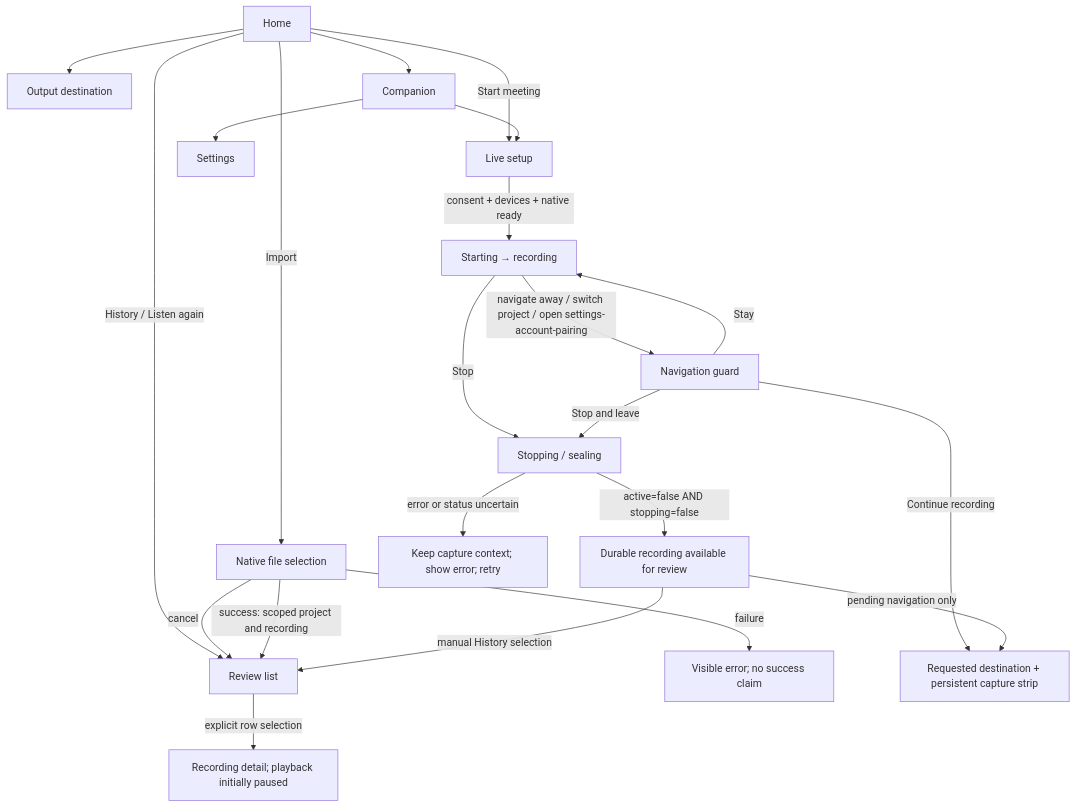
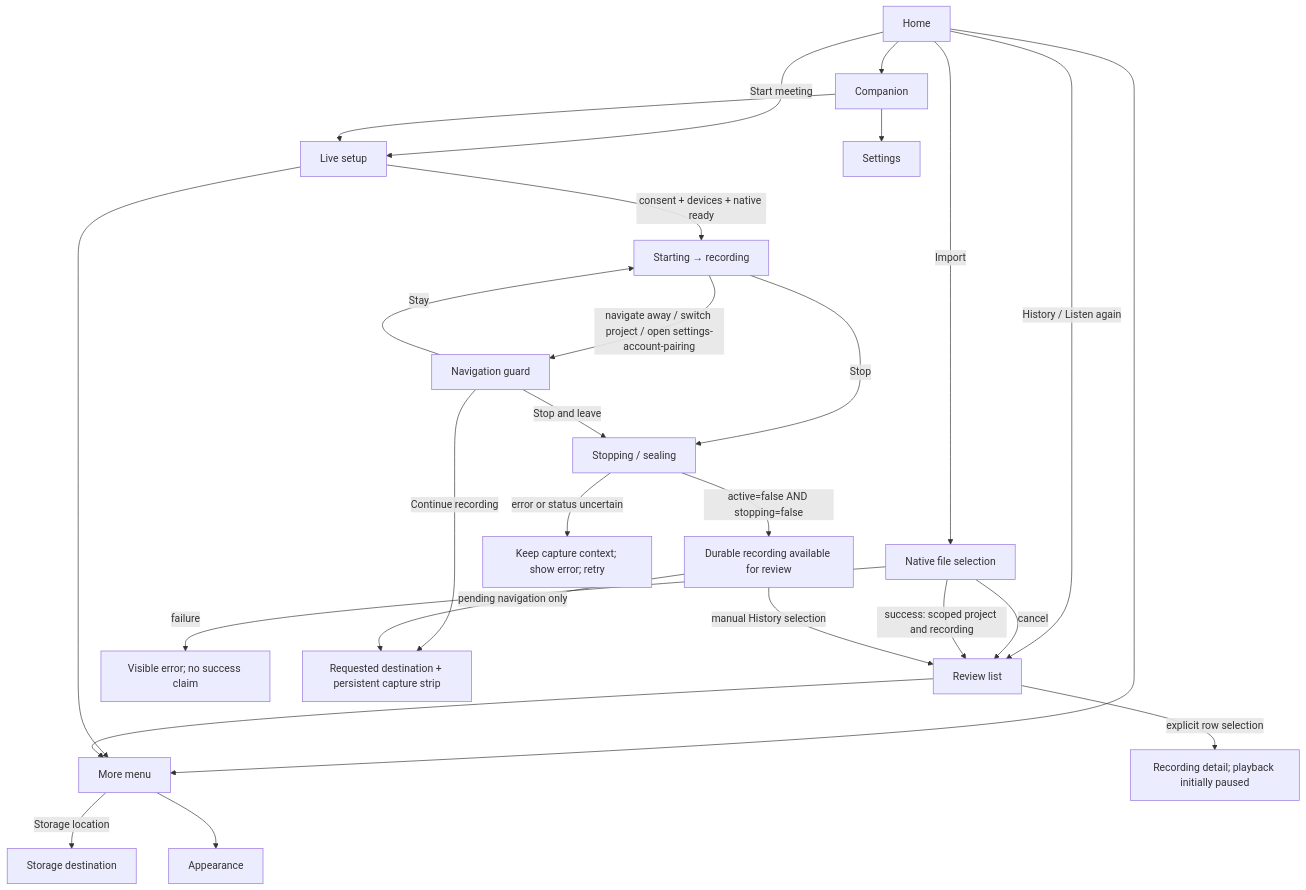
One commit to Freshair129/FUNG changed the second of 3 diagrams in docs/design/2026-10-16-desktop-navigation-and-flows.md. Above: the diagram before and after it, drawn with Mermaid. The commit also changed other lines of this file and 110 other files, not shown here.

````diff
--- a/docs/design/2026-10-16-desktop-navigation-and-flows.md
+++ b/docs/design/2026-10-16-desktop-navigation-and-flows.md
@@ -96,24 +128,28 @@
 ```mermaid
 flowchart TD
   H["Home"] -->|Start meeting| L["Live setup"]
   H -->|History / Listen again| R["Review list"]
   H -->|Import| I["Native file selection"]
-  H --> O["Output destination"]
+  H --> M["More menu"]
+  L --> M
+  R --> M
+  M -->|Storage location| O["Storage destination"]
+  M --> AP["Appearance"]
   H --> C["Companion"]
   C --> L
   C --> S["Settings"]
   I -->|cancel| R
   I -->|success: scoped project and recording| R
   I -->|failure| IE["Visible error; no success claim"]
   L -->|consent + devices + native ready| A["Starting → recording"]
   A -->|Stop| T["Stopping / sealing"]
   T -->|active=false AND stopping=false| D["Durable recording available for review"]
   T -->|error or status uncertain| AERR["Keep capture context; show error; retry"]
   A -->|navigate away / switch project / open settings-account-pairing| G["Navigation guard"]
   G -->|Stay| A
   G -->|Continue recording| DEST["Requested destination + persistent capture strip"]
   G -->|Stop and leave| T
   D -->|pending navigation only| DEST
   D -->|manual History selection| R
   R -->|explicit row selection| RD["Recording detail; playback initially paused"]
 ```
````
